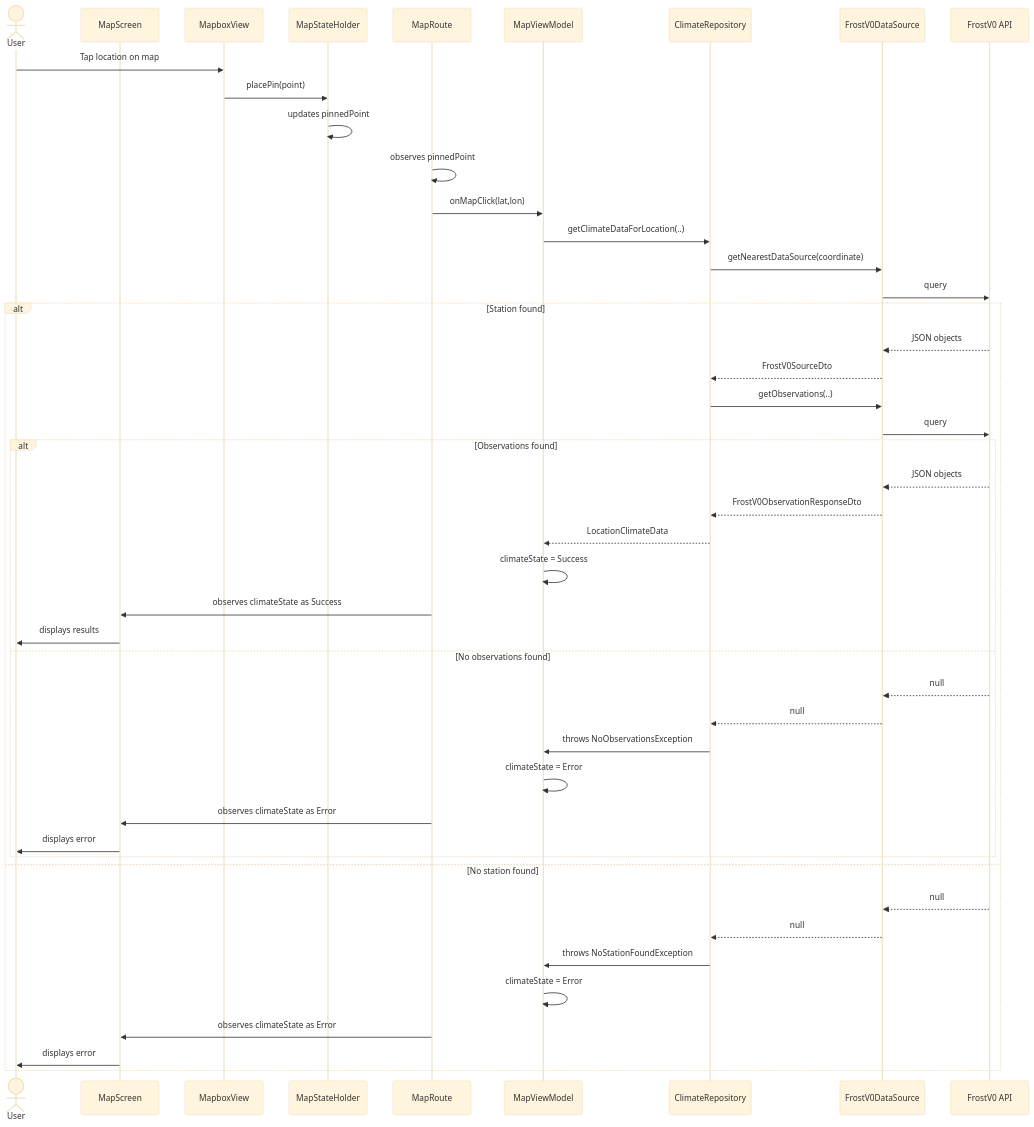
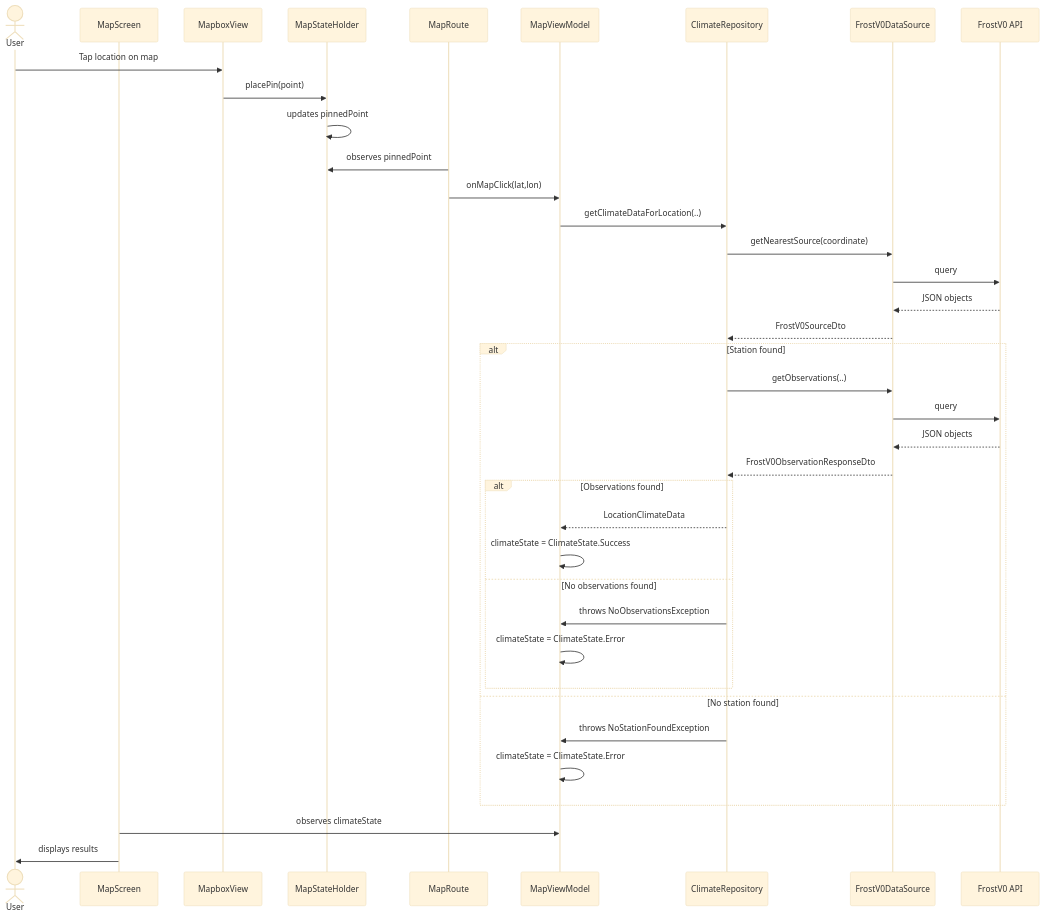
Before and after one commit to ajgrow/snowsense: the second of 7 diagrams in MODELING.md, drawn with Mermaid (base theme). The commit also changed other lines of this file, not shown here.

Commit message:
Fix diagrams and small issues

````diff
--- a/MODELING.md
+++ b/MODELING.md
@@ -240,55 +243,49 @@
 ```mermaid
 sequenceDiagram
 
 actor User
 
 participant MS as MapScreen
 participant MV as MapboxView
 participant MSH as MapStateHolder
 participant MR as MapRoute
 participant MVM as MapViewModel
 participant CR as ClimateRepository
 participant FDS as FrostV0DataSource
 participant FAPI as FrostV0 API
 
 User ->> MV: Tap location on map
 MV ->> MSH: placePin(point)
 MSH ->> MSH: updates pinnedPoint
-MR ->> MR: observes pinnedPoint
+MR ->> MSH: observes pinnedPoint
 MR ->> MVM: onMapClick(lat,lon)
 MVM ->> CR: getClimateDataForLocation(..)
-CR ->> FDS: getNearestDataSource(coordinate)
+CR ->> FDS: getNearestSource(coordinate)
 FDS ->> FAPI: query
 
+FAPI -->> FDS: JSON objects
+FDS -->> CR: FrostV0SourceDto
+
 alt Station found
-    FAPI-->>FDS: JSON objects
-    FDS-->>CR: FrostV0SourceDto
-    CR->>FDS: getObservations(..)
-    FDS->>FAPI: query
+
+    CR ->> FDS: getObservations(..)
+    FDS ->> FAPI: query
+    FAPI -->> FDS: JSON objects
+    FDS -->> CR: FrostV0ObservationResponseDto
 
     alt Observations found
-        FAPI-->>FDS: JSON objects
-        FDS-->>CR: FrostV0ObservationResponseDto
-        CR-->>MVM: LocationClimateData
-        MVM->>MVM: climateState = Success
-        MR->>MS: observes climateState as Success
-        MS->>User: displays results
-
+        CR -->> MVM: LocationClimateData
+        MVM ->> MVM: climateState = ClimateState.Success
     else No observations found
-        FAPI-->>FDS: null
-        FDS-->>CR: null
-        CR->>MVM: throws NoObservationsException
-        MVM->>MVM: climateState = Error
-        MR->>MS: observes climateState as Error
-        MS->>User: displays error
+        CR ->> MVM: throws NoObservationsException
+        MVM ->> MVM: climateState = ClimateState.Error
     end
 
 else No station found
-    FAPI-->>FDS: null
-    FDS-->>CR: null
-    CR->>MVM: throws NoStationFoundException
-    MVM->>MVM: climateState = Error
-    MR->>MS: observes climateState as Error
-    MS->>User: displays error
+    CR ->> MVM: throws NoStationFoundException
+    MVM ->> MVM: climateState = ClimateState.Error
 end
+
+MS ->> MVM: observes climateState
+MS ->> User: displays results
 ```
````
